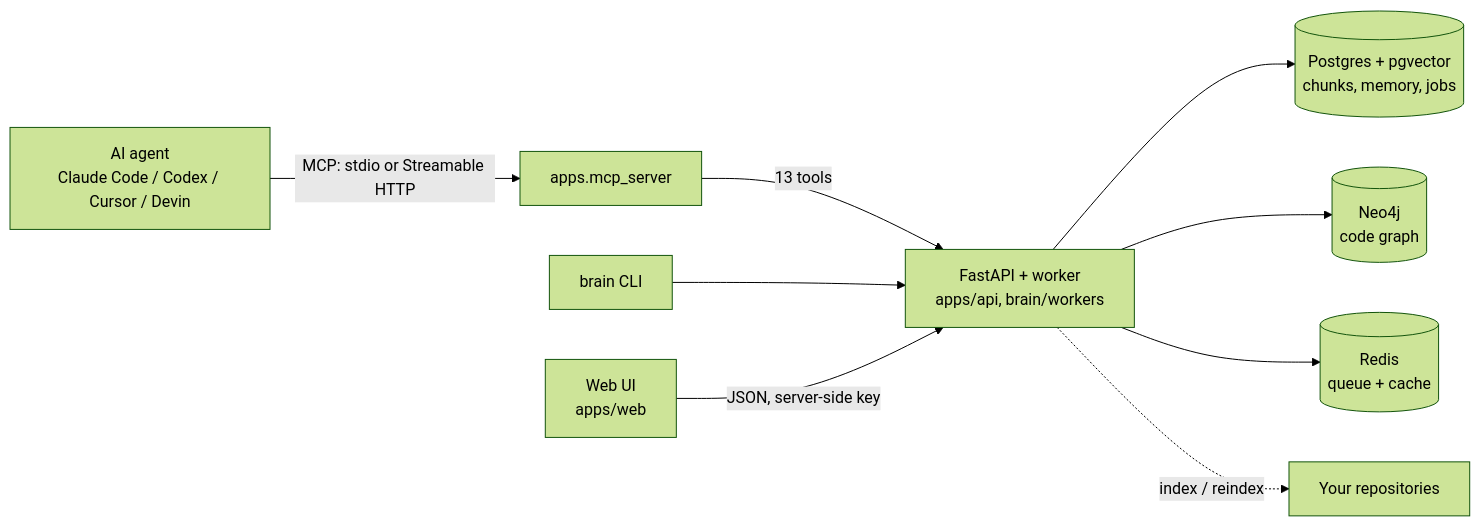
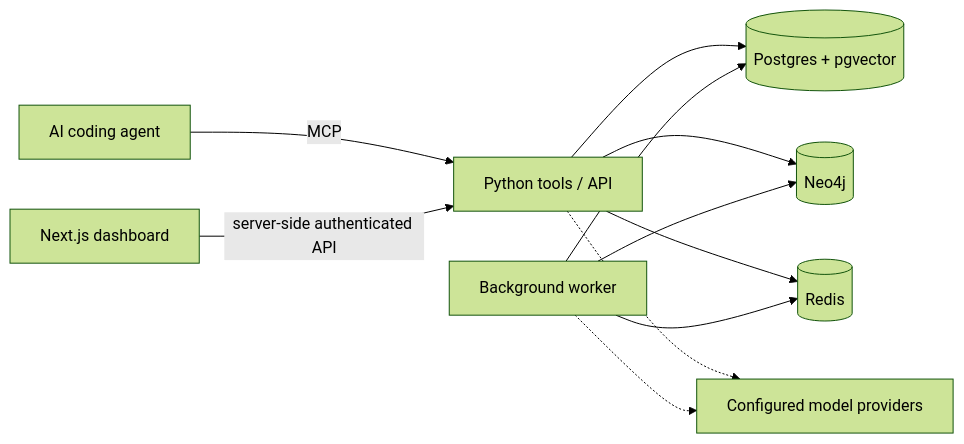
One commit to Perlitten/project-brain-public changed the diagram in README.md. Above: the diagram before and after it, drawn with Mermaid (forest theme). The commit also changed other lines of this file and 60 other files, not shown here.

````diff
--- a/README.md
+++ b/README.md
@@ -78,11 +138,13 @@
 ```mermaid
 flowchart LR
-    A[AI agent<br/>Claude Code / Codex / Cursor / Devin] -->|MCP: stdio or Streamable HTTP| M[apps.mcp_server]
-    M -->|13 tools| API[FastAPI + worker<br/>apps/api, brain/workers]
-    CLI[brain CLI] --> API
-    WEB[Web UI<br/>apps/web] -->|JSON, server-side key| API
-    API --> PG[(Postgres + pgvector<br/>chunks, memory, jobs)]
-    API --> NEO[(Neo4j<br/>code graph)]
-    API --> R[(Redis<br/>queue + cache)]
-    API -.->|index / reindex| REPO[Your repositories]
+    Agent[AI coding agent] -->|MCP| Core[Python tools / API]
+    UI[Next.js dashboard] -->|server-side authenticated API| Core
+    Core --> PG[(Postgres + pgvector)]
+    Core --> Graph[(Neo4j)]
+    Core --> Queue[(Redis)]
+    Worker[Background worker] --> PG
+    Worker --> Graph
+    Worker --> Queue
+    Core -.-> Models[Configured model providers]
+    Worker -.-> Models
 ```
````
